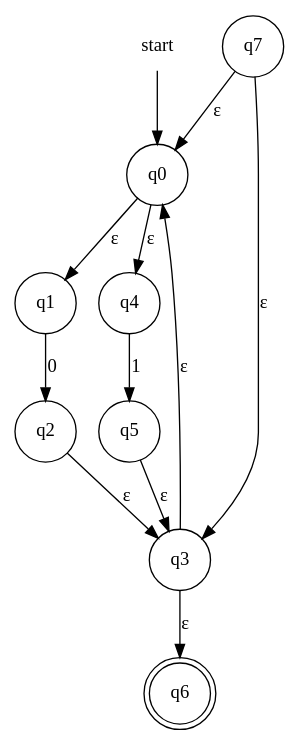
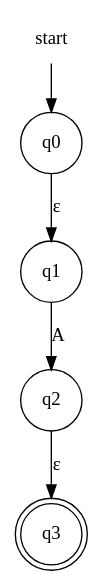
The diagram in fase1/RE-eNFA/regex_2.dot (evertheylen/TA_TO), drawn with Graphviz before and after one commit. The commit also changed 19 other files, not shown here.

```diff
--- a/fase1/RE-eNFA/regex_2.dot
+++ b/fase1/RE-eNFA/regex_2.dot
@@ -1,16 +1,9 @@
 digraph automaton {
     node [shape=none]; start;
-    node [shape=doublecircle]; "q6";
+    node [shape=doublecircle]; "q3";
     node [shape=circle];
     start -> "q0";
     "q0" -> "q1" [label="&epsilon;"];
-    "q0" -> "q4" [label="&epsilon;"];
-    "q1" -> "q2" [label="0"];
+    "q1" -> "q2" [label="A"];
     "q2" -> "q3" [label="&epsilon;"];
-    "q3" -> "q0" [label="&epsilon;"];
-    "q3" -> "q6" [label="&epsilon;"];
-    "q4" -> "q5" [label="1"];
-    "q5" -> "q3" [label="&epsilon;"];
-    "q7" -> "q0" [label="&epsilon;"];
-    "q7" -> "q3" [label="&epsilon;"];
 }
```
